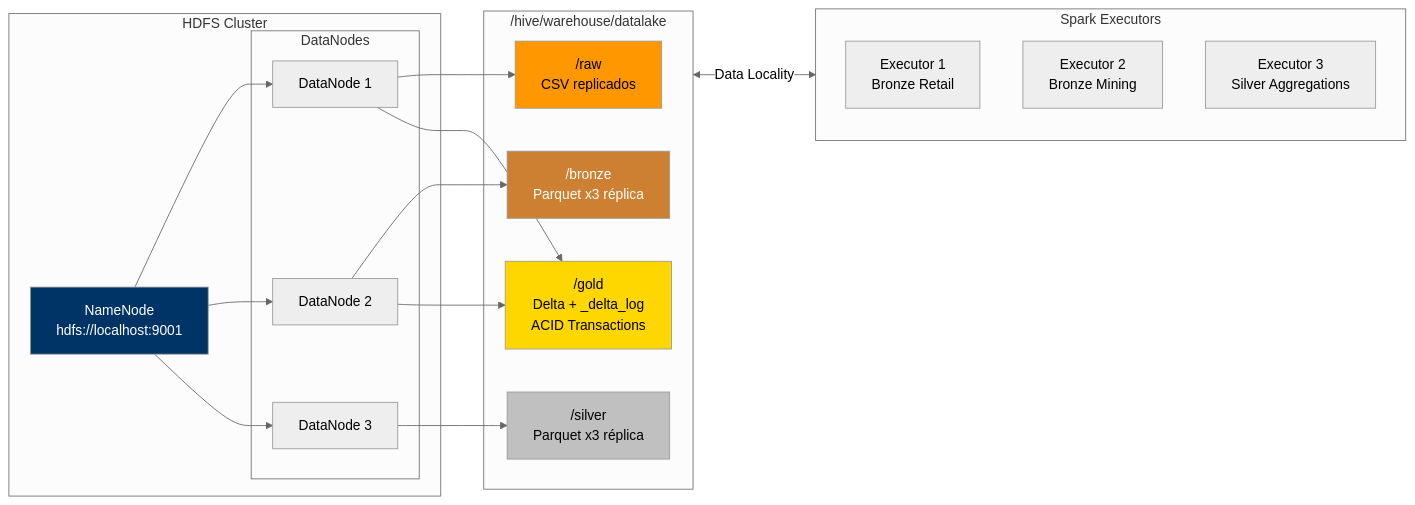
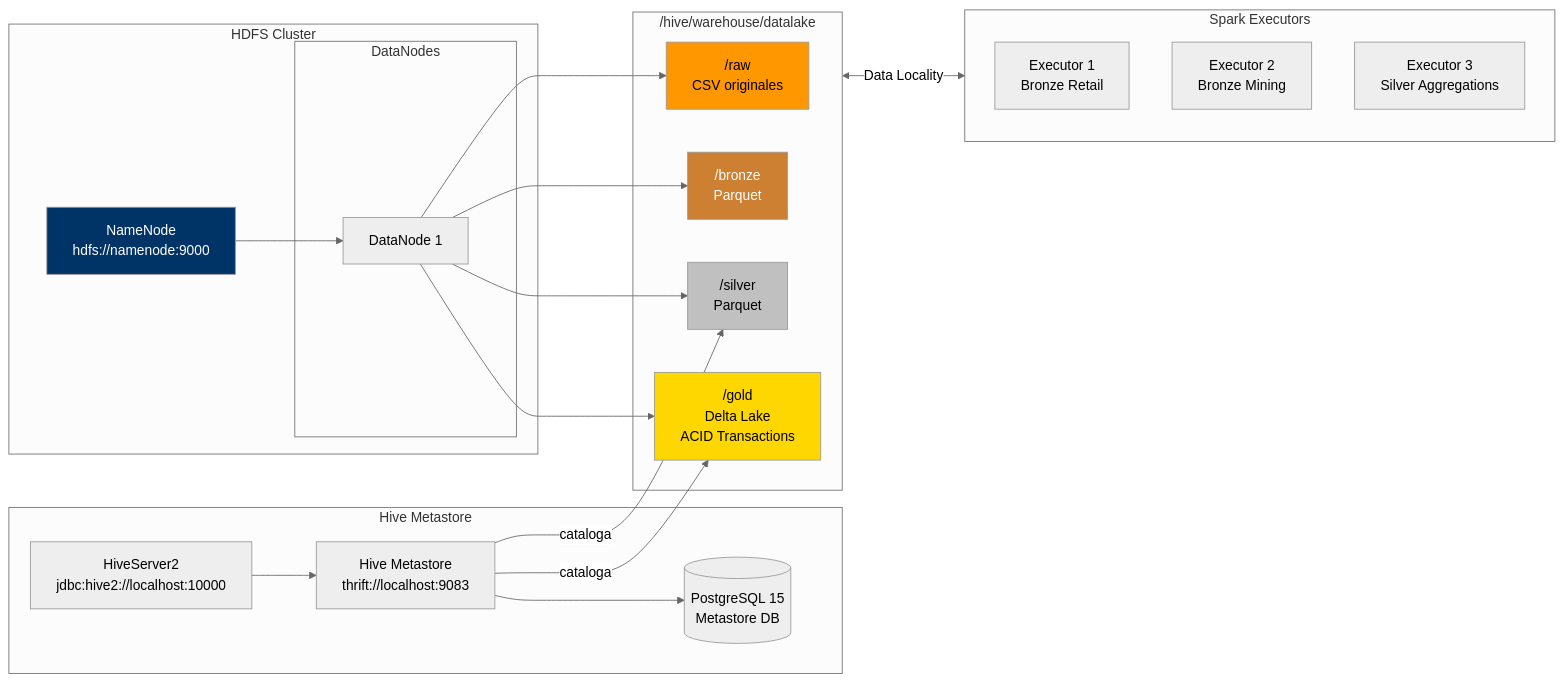
One commit to federicopfund/Fabric_Analytics_Engineer changed the third of 6 diagrams in README.md. Above: the diagram before and after it, drawn with Mermaid (neutral theme). The commit also changed other lines of this file, not shown here.

````diff
--- a/README.md
+++ b/README.md
@@ -209,42 +251,48 @@
 ```mermaid
 graph LR
     subgraph HDFS_CLUSTER["HDFS Cluster"]
-        NN[NameNode<br/>hdfs://localhost:9001]
+        NN[NameNode<br/>hdfs://namenode:9000]
         subgraph DataNodes["DataNodes"]
             DN1[DataNode 1]
-            DN2[DataNode 2]
-            DN3[DataNode 3]
         end
     end
 
+    subgraph HIVE_LAYER["Hive Metastore"]
+        HMS[Hive Metastore<br/>thrift://localhost:9083]
+        HS2[HiveServer2<br/>jdbc:hive2://localhost:10000]
+        PG[(PostgreSQL 15<br/>Metastore DB)]
+    end
+
     subgraph DATALAKE_HDFS["/hive/warehouse/datalake"]
-        H_RAW["/raw<br/>CSV replicados"]
-        H_BRONZE["/bronze<br/>Parquet x3 réplica"]
-        H_SILVER["/silver<br/>Parquet x3 réplica"]
-        H_GOLD["/gold<br/>Delta + _delta_log<br/>ACID Transactions"]
+        H_RAW["/raw<br/>CSV originales"]
+        H_BRONZE["/bronze<br/>Parquet"]
+        H_SILVER["/silver<br/>Parquet"]
+        H_GOLD["/gold<br/>Delta Lake<br/>ACID Transactions"]
     end
 
     NN --> DN1
-    NN --> DN2
-    NN --> DN3
 
     DN1 --> H_RAW
-    DN2 --> H_BRONZE
-    DN3 --> H_SILVER
+    DN1 --> H_BRONZE
+    DN1 --> H_SILVER
     DN1 --> H_GOLD
-    DN2 --> H_GOLD
+
+    HMS --> PG
+    HS2 --> HMS
+    HMS -->|cataloga| H_GOLD
+    HMS -->|cataloga| H_SILVER
 
     subgraph SPARK_EXEC["Spark Executors"]
         EX1["Executor 1<br/>Bronze Retail"]
         EX2["Executor 2<br/>Bronze Mining"]
         EX3["Executor 3<br/>Silver Aggregations"]
     end
 
     DATALAKE_HDFS <-->|Data Locality| SPARK_EXEC
 
     style NN fill:#003366,color:#fff
     style H_GOLD fill:#ffd700,color:#000
     style H_SILVER fill:#c0c0c0,color:#000
     style H_BRONZE fill:#cd7f32,color:#fff
     style H_RAW fill:#ff9800,color:#000
 ```
````
